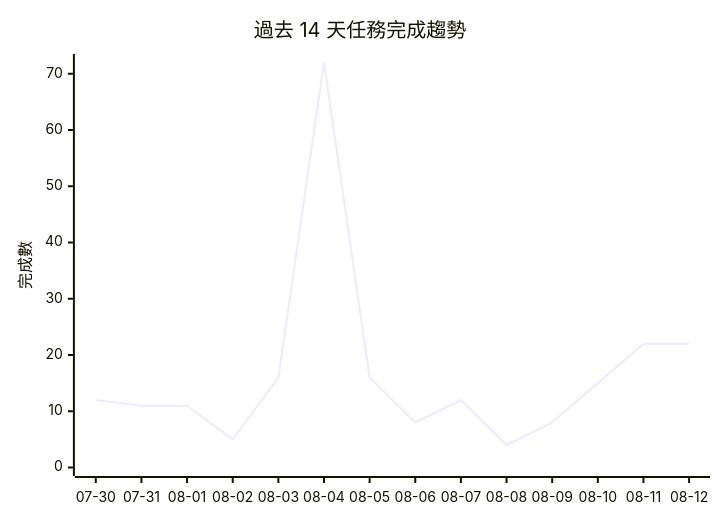
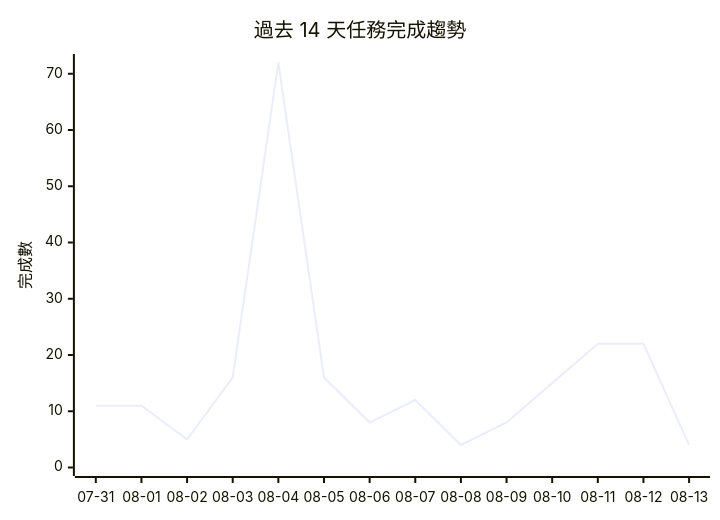
One commit to gentoobreaking/ai-tasks changed the diagram in PROJECTS.md. Above: the diagram before and after it, drawn with Mermaid. The commit also changed other lines of this file and 95 other files, not shown here.

````diff
--- a/PROJECTS.md
+++ b/PROJECTS.md
@@ -142,7 +181,7 @@
 ```mermaid
 xychart-beta
     title "過去 14 天任務完成趨勢"
-    x-axis ["07-30", "07-31", "08-01", "08-02", "08-03", "08-04", "08-05", "08-06", "08-07", "08-08", "08-09", "08-10", "08-11", "08-12"]
+    x-axis ["07-31", "08-01", "08-02", "08-03", "08-04", "08-05", "08-06", "08-07", "08-08", "08-09", "08-10", "08-11", "08-12", "08-13"]
     y-axis "完成數" 0 --> 72
-    line [12, 11, 11, 5, 16, 72, 16, 8, 12, 4, 8, 15, 22, 22]
+    line [11, 11, 5, 16, 72, 16, 8, 12, 4, 8, 15, 22, 22, 4]
 ```
````
